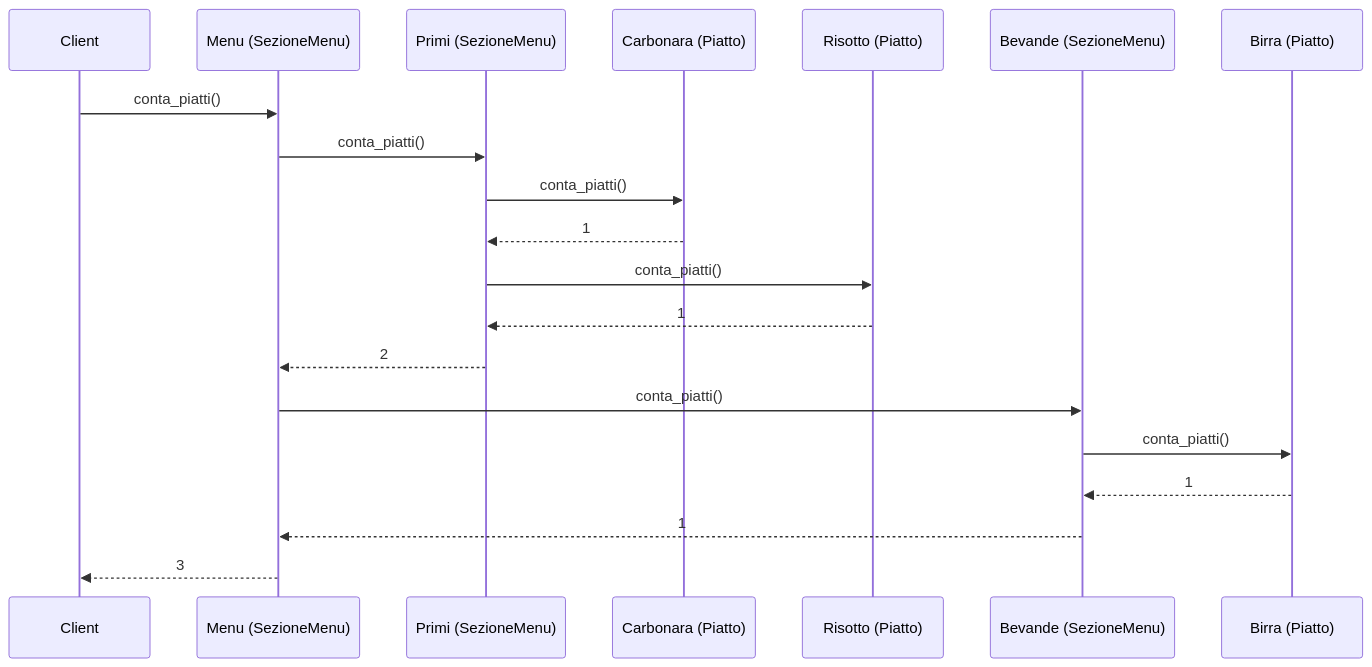
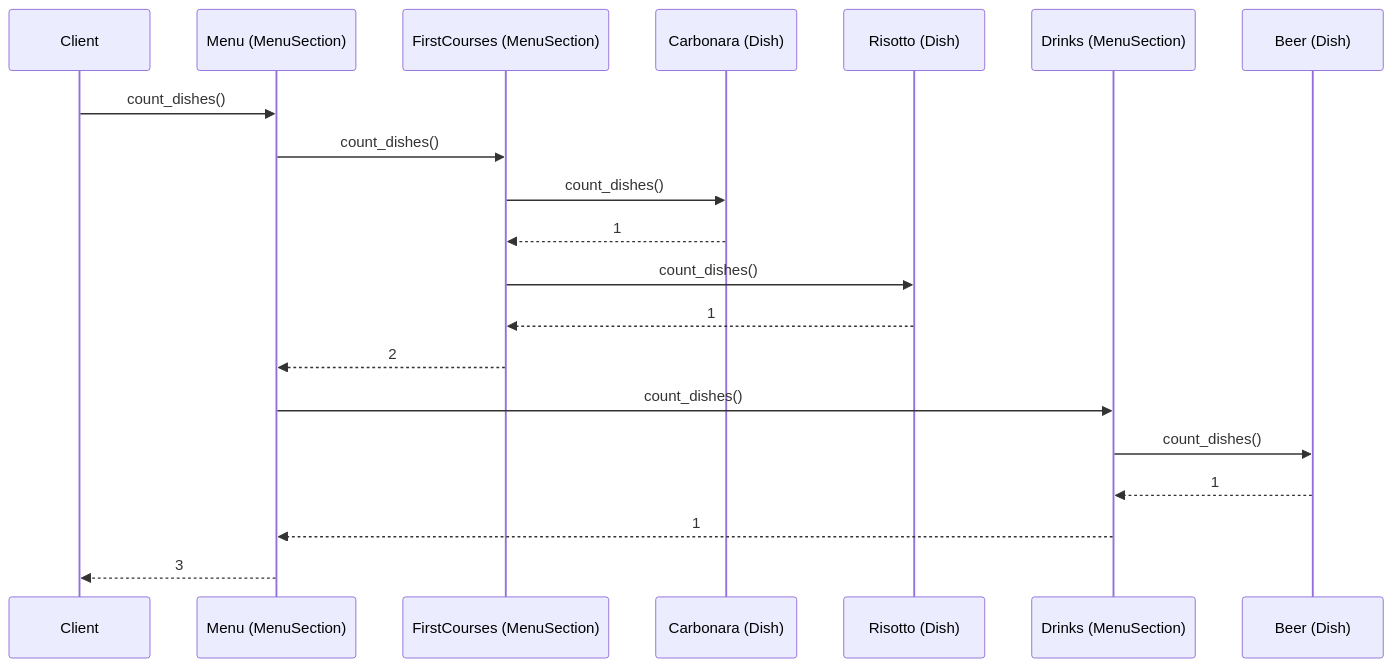
Before and after one commit to lucadileo9/design-pattern: the third of 3 diagrams in 02_structural/composite/README.md, drawn with Mermaid. The commit also changed other lines of this file and 43 other files, not shown here.

````diff
--- a/02_structural/composite/README.md
+++ b/02_structural/composite/README.md
@@ -88,23 +88,23 @@
 ```mermaid
 sequenceDiagram
     participant Client
-    participant Menu as Menu (SezioneMenu)
-    participant Primi as Primi (SezioneMenu)
-    participant Carbonara as Carbonara (Piatto)
-    participant Risotto as Risotto (Piatto)
-    participant Bevande as Bevande (SezioneMenu)
-    participant Birra as Birra (Piatto)
+    participant Menu as Menu (MenuSection)
+    participant FirstCourses as FirstCourses (MenuSection)
+    participant Carbonara as Carbonara (Dish)
+    participant Risotto as Risotto (Dish)
+    participant Drinks as Drinks (MenuSection)
+    participant Beer as Beer (Dish)
 
-    Client->>Menu: conta_piatti()
-    Menu->>Primi: conta_piatti()
-    Primi->>Carbonara: conta_piatti()
-    Carbonara-->>Primi: 1
-    Primi->>Risotto: conta_piatti()
-    Risotto-->>Primi: 1
-    Primi-->>Menu: 2
-    Menu->>Bevande: conta_piatti()
-    Bevande->>Birra: conta_piatti()
-    Birra-->>Bevande: 1
-    Bevande-->>Menu: 1
+    Client->>Menu: count_dishes()
+    Menu->>FirstCourses: count_dishes()
+    FirstCourses->>Carbonara: count_dishes()
+    Carbonara-->>FirstCourses: 1
+    FirstCourses->>Risotto: count_dishes()
+    Risotto-->>FirstCourses: 1
+    FirstCourses-->>Menu: 2
+    Menu->>Drinks: count_dishes()
+    Drinks->>Beer: count_dishes()
+    Beer-->>Drinks: 1
+    Drinks-->>Menu: 1
     Menu-->>Client: 3
 ```
````
